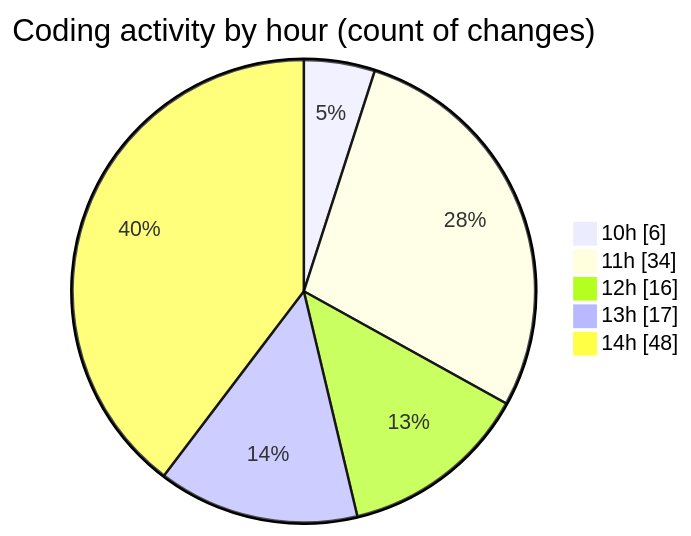
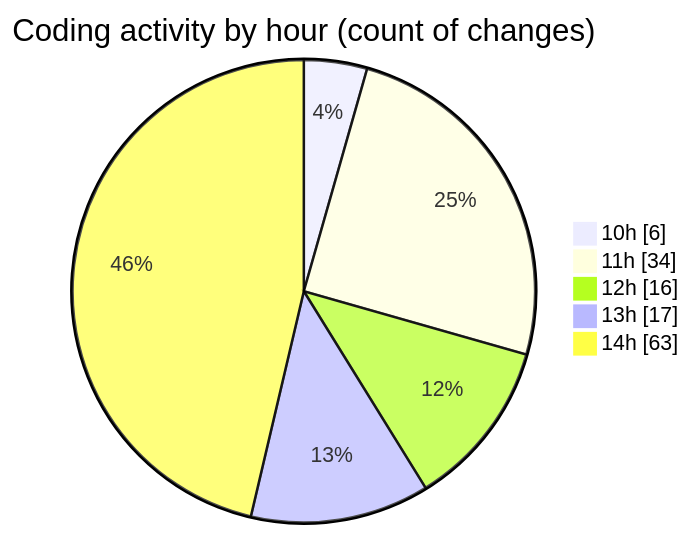
The second of 2 diagrams in 2025-08-13/cda/README.md (momahboobian/code-tracking), drawn with Mermaid before and after one commit. The commit also changed other lines of this file and 1 other file, not shown here.

````diff
--- a/2025-08-13/cda/README.md
+++ b/2025-08-13/cda/README.md
@@ -49,9 +49,9 @@
 ```mermaid
 pie showData
 title Coding activity by hour (count of changes)
 "10h" : 6
 "11h" : 34
 "12h" : 16
 "13h" : 17
-"14h" : 48
+"14h" : 63
 ```
````
